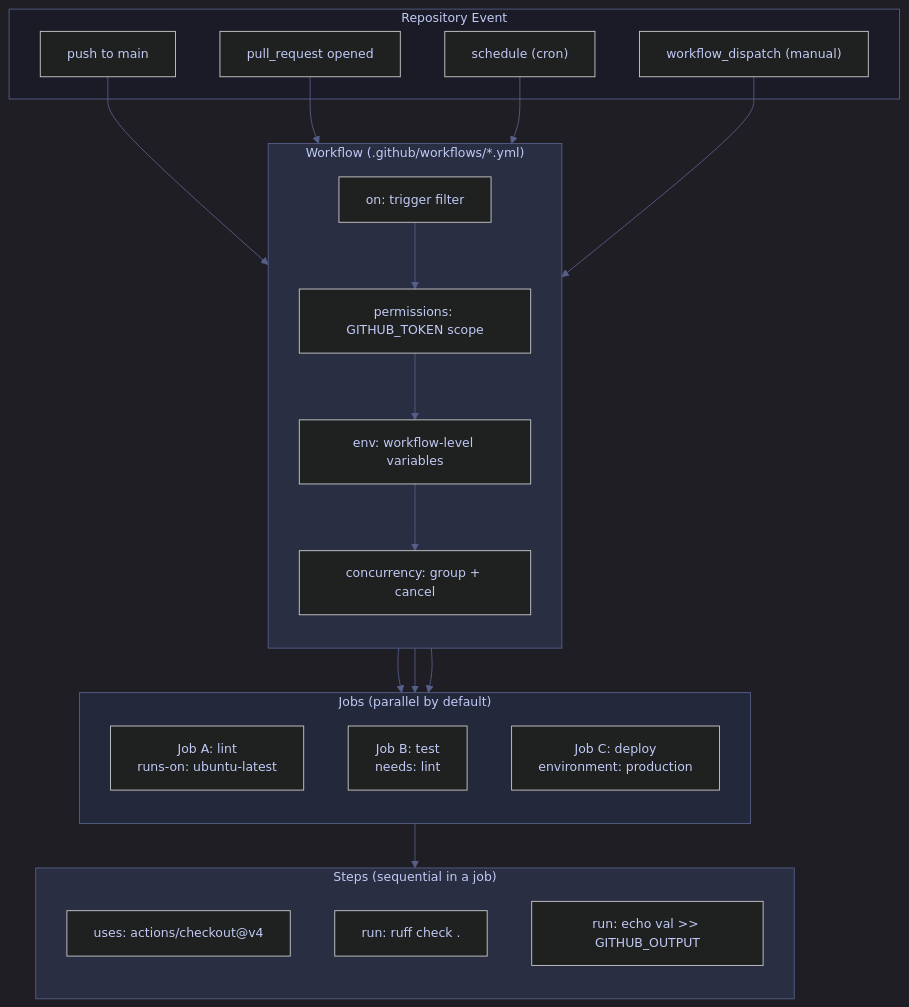
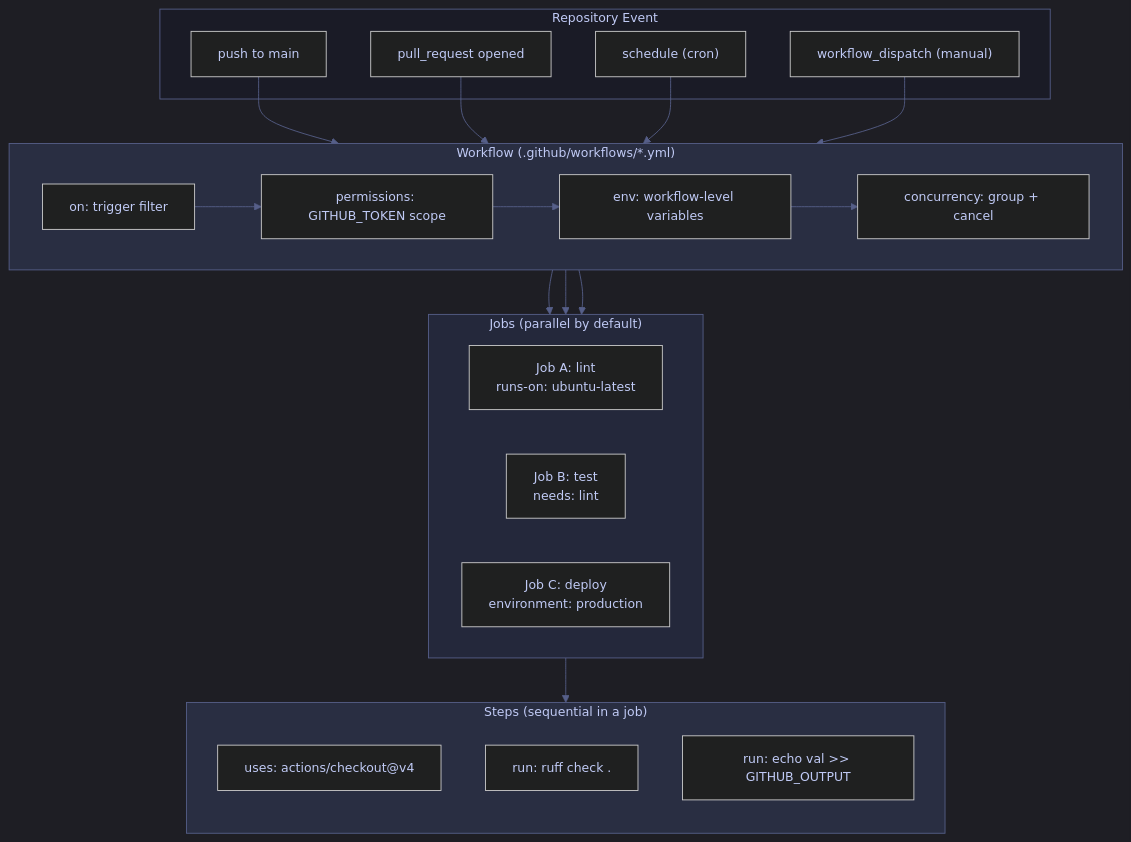
One commit to alp78/elysium changed the diagram in content/10-CICD/01-GitHub-Actions/01-github-actions-fundamentals.md. Above: the diagram before and after it, drawn with Mermaid. The commit also changed 4 other files, not shown here.

````diff
--- a/content/10-CICD/01-GitHub-Actions/01-github-actions-fundamentals.md
+++ b/content/10-CICD/01-GitHub-Actions/01-github-actions-fundamentals.md
@@ -315,53 +315,53 @@
 ```mermaid
 %%{init: {'theme': 'dark', 'themeVariables': {
   'primaryColor': '#292e42',
   'primaryTextColor': '#c0caf5',
   'primaryBorderColor': '#565f89',
   'lineColor': '#565f89',
   'secondaryColor': '#1a1b26',
   'tertiaryColor': '#24283b',
   'noteTextColor': '#c0caf5',
   'noteBkgColor': '#292e42',
   'textColor': '#c0caf5',
   'fontSize': '14px'
 }}}%%
 flowchart TB
     subgraph Event["Repository Event"]
         E1["push to main"]
         E2["pull_request opened"]
         E3["schedule (cron)"]
         E4["workflow_dispatch (manual)"]
     end
 
     subgraph Workflow["Workflow (.github/workflows/*.yml)"]
-        direction TB
+        direction LR
         ON["on: trigger filter"]
         PERM["permissions: GITHUB_TOKEN scope"]
         ENV["env: workflow-level variables"]
         CONC["concurrency: group + cancel"]
     end
 
     subgraph Jobs["Jobs (parallel by default)"]
-        direction TB
+        direction LR
         J1["Job A: lint<br/>runs-on: ubuntu-latest"]
         J2["Job B: test<br/>needs: lint"]
         J3["Job C: deploy<br/>environment: production"]
     end
 
     subgraph Steps["Steps (sequential in a job)"]
         direction TB
         S1["uses: actions/checkout@v4"]
         S2["run: ruff check ."]
         S3["run: echo val >> GITHUB_OUTPUT"]
     end
 
     E1 & E2 & E3 & E4 --> ON
     ON --> PERM --> ENV --> CONC
     CONC --> J1 & J2 & J3
     J2 --> Steps
 
     style Event fill:#1a1b26,stroke:#565f89,color:#c0caf5
     style Workflow fill:#292e42,stroke:#565f89,color:#c0caf5
     style Jobs fill:#24283b,stroke:#565f89,color:#c0caf5
     style Steps fill:#292e42,stroke:#565f89,color:#c0caf5
 ```
````
